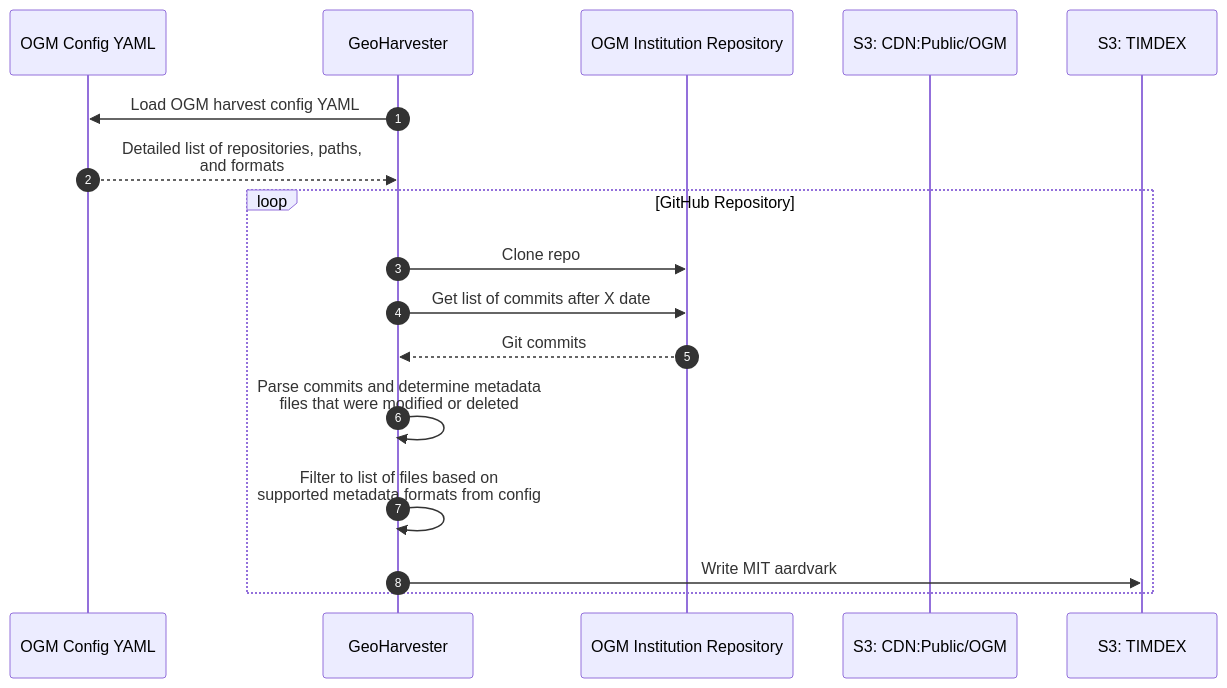
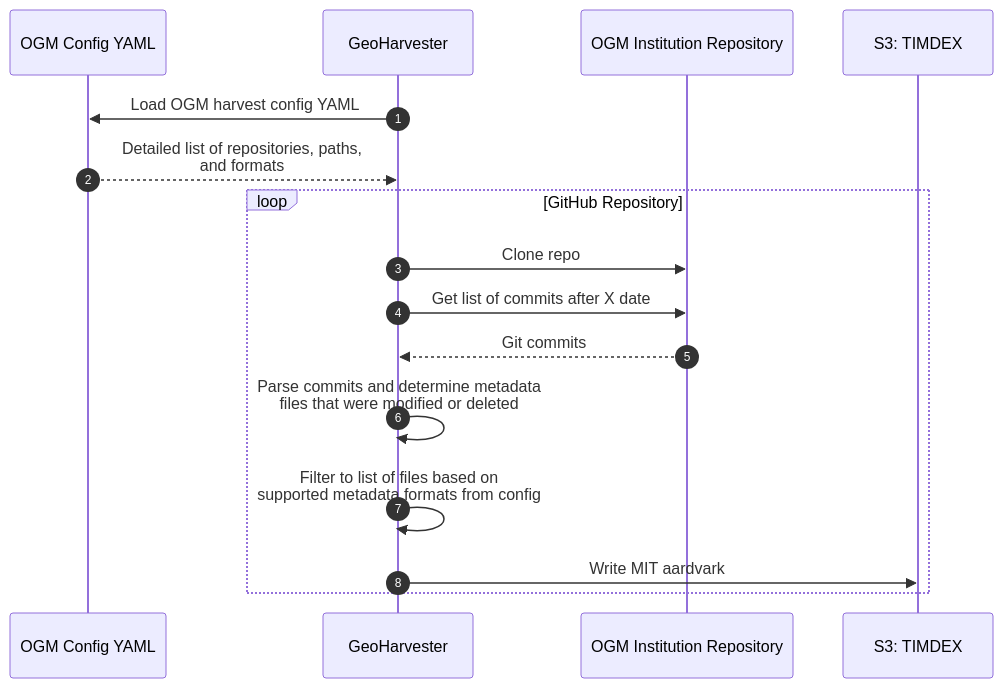
Before and after one commit to MITLibraries/geo-harvester: the second of 2 diagrams in docs/ogm_harvests.md, drawn with Mermaid. The commit also changed other lines of this file and 9 other files, not shown here.

First line of the commit message:
Only MIT harvests write metadata to public CDN bucket

````diff
--- a/docs/ogm_harvests.md
+++ b/docs/ogm_harvests.md
@@ -35,21 +33,20 @@
 ```mermaid
 sequenceDiagram
     autonumber
     participant ogm_config_yaml as OGM Config YAML
     participant geo_harv as GeoHarvester
     participant ogm_repo as OGM Institution Repository
-    participant s3_cdn_pub as S3: CDN:Public/OGM
     participant s3_timdex as S3: TIMDEX
     
     geo_harv->>ogm_config_yaml: Load OGM harvest config YAML
     ogm_config_yaml-->>geo_harv: Detailed list of repositories, paths, <br> and formats
     
     loop GitHub Repository
         geo_harv->>ogm_repo: Clone repo
         geo_harv->>ogm_repo: Get list of commits after X date
         ogm_repo-->>geo_harv: Git commits
         geo_harv->>geo_harv: Parse commits and determine metadata <br> files that were modified or deleted
         geo_harv->>geo_harv: Filter to list of files based on <br> supported metadata formats from config
         geo_harv->>s3_timdex: Write MIT aardvark
     end
 ```
````
